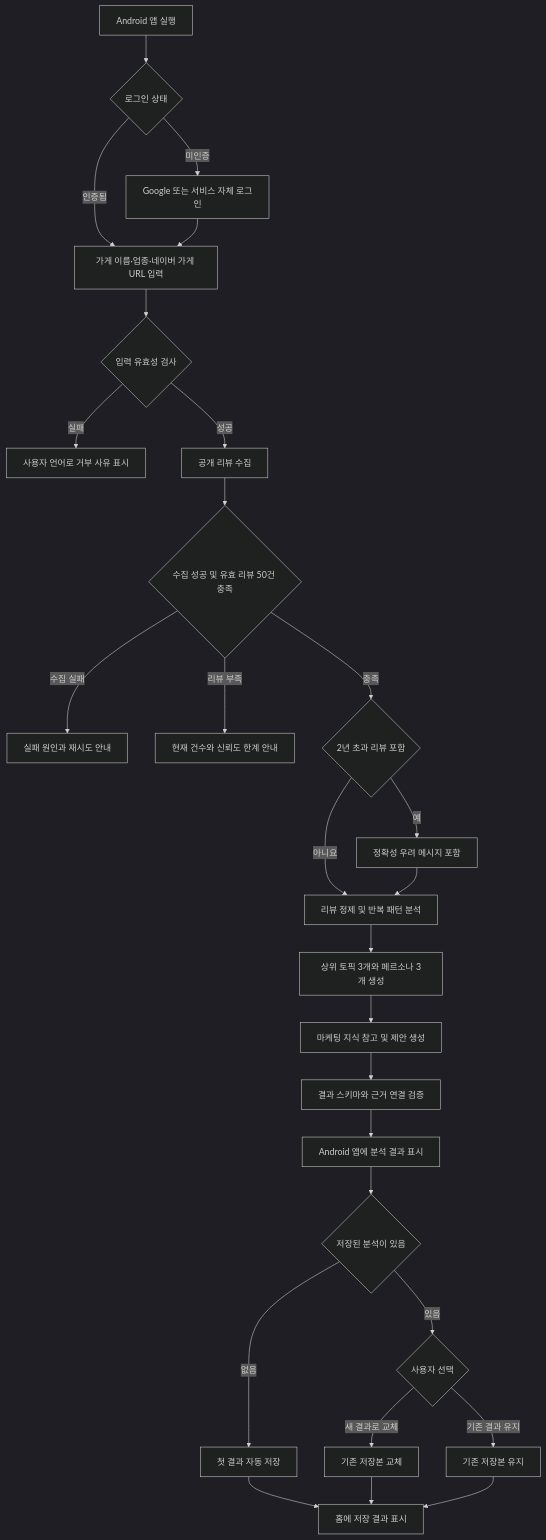
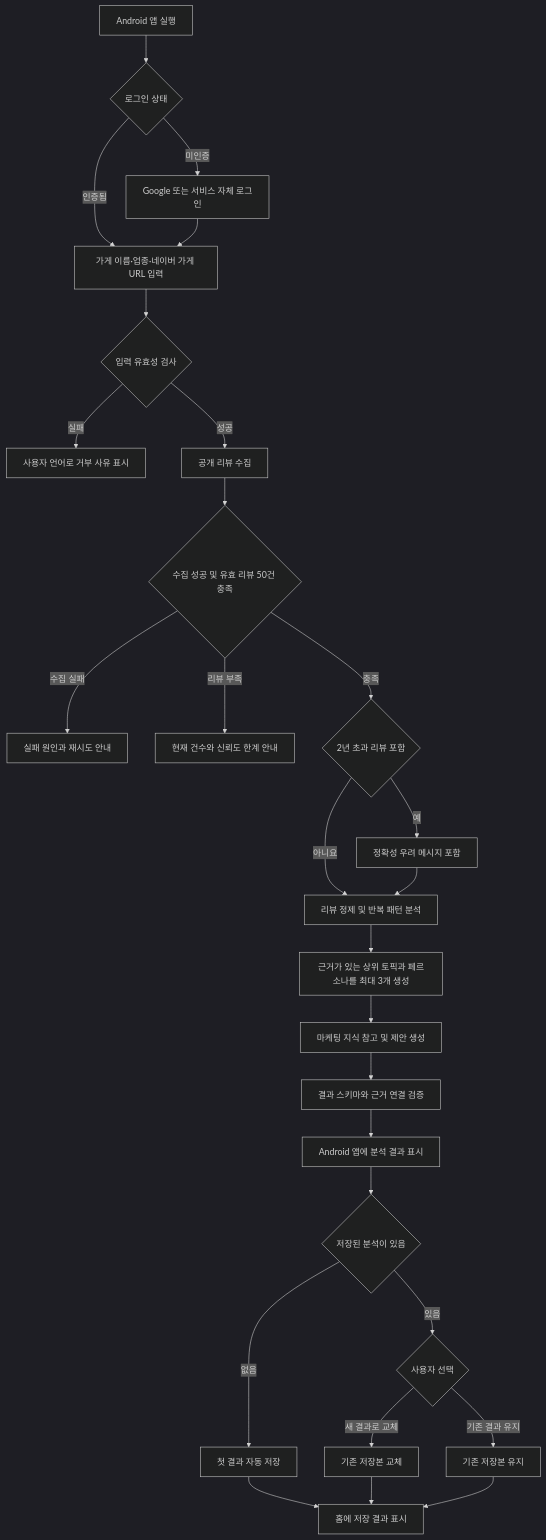
Before and after one commit to SKUnohtaekyung/PULSE_SCC: the diagram in docs/product/requirements/GUEST_ANALYSIS_FUNCTIONAL_SPEC.md, drawn with Mermaid (dark theme). The commit also changed other lines of this file and 6 other files, not shown here.

Commit message:
docs(architecture): PostgreSQL API 설계 구체화

````diff
--- a/docs/product/requirements/GUEST_ANALYSIS_FUNCTIONAL_SPEC.md
+++ b/docs/product/requirements/GUEST_ANALYSIS_FUNCTIONAL_SPEC.md
@@ -72,29 +72,29 @@
 ```mermaid
 flowchart TD
     A[Android 앱 실행] --> A1{로그인 상태}
     A1 -- 미인증 --> A2[Google 또는 서비스 자체 로그인]
     A1 -- 인증됨 --> B[가게 이름·업종·네이버 가게 URL 입력]
     A2 --> B
     B --> C{입력 유효성 검사}
     C -- 실패 --> D[사용자 언어로 거부 사유 표시]
     C -- 성공 --> E[공개 리뷰 수집]
     E --> F{수집 성공 및 유효 리뷰 50건 충족}
     F -- 수집 실패 --> G[실패 원인과 재시도 안내]
     F -- 리뷰 부족 --> H[현재 건수와 신뢰도 한계 안내]
     F -- 충족 --> F1{2년 초과 리뷰 포함}
     F1 -- 예 --> F2[정확성 우려 메시지 포함]
     F1 -- 아니요 --> I[리뷰 정제 및 반복 패턴 분석]
     F2 --> I
-    I --> J[상위 토픽 3개와 페르소나 3개 생성]
+    I --> J[근거가 있는 상위 토픽과 페르소나를 최대 3개 생성]
     J --> K[마케팅 지식 참고 및 제안 생성]
     K --> L[결과 스키마와 근거 연결 검증]
     L --> M[Android 앱에 분석 결과 표시]
     M --> N{저장된 분석이 있음}
     N -- 없음 --> O[첫 결과 자동 저장]
     O --> Q[홈에 저장 결과 표시]
     N -- 있음 --> P{사용자 선택}
     P -- 새 결과로 교체 --> R[기존 저장본 교체]
     P -- 기존 결과 유지 --> S[기존 저장본 유지]
     R --> Q
     S --> Q
 ```
````
